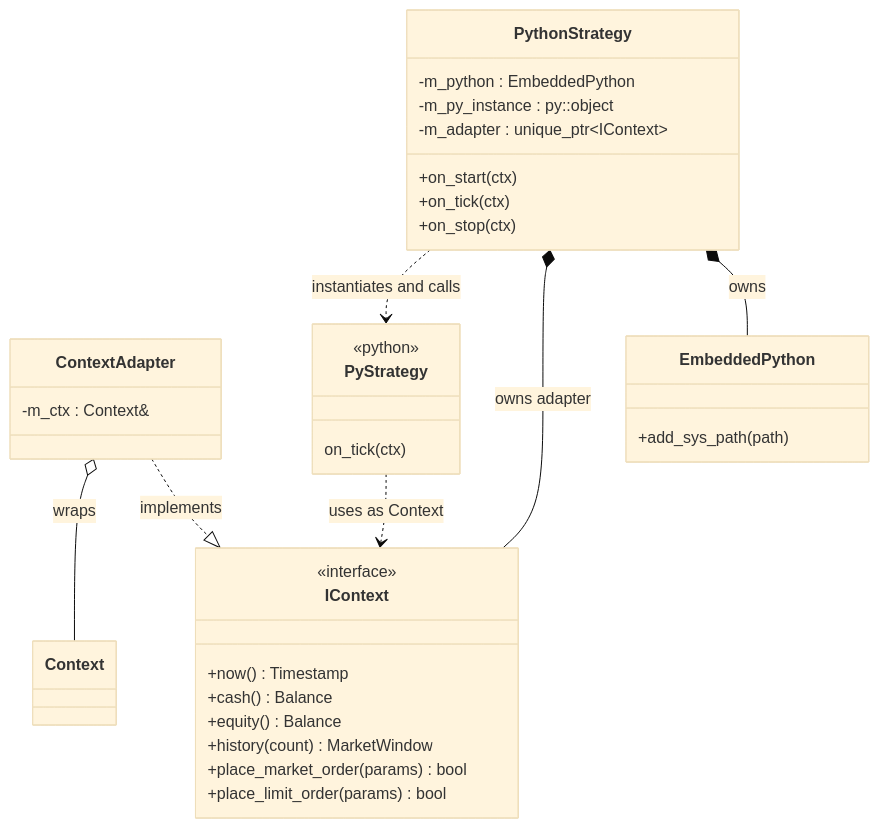
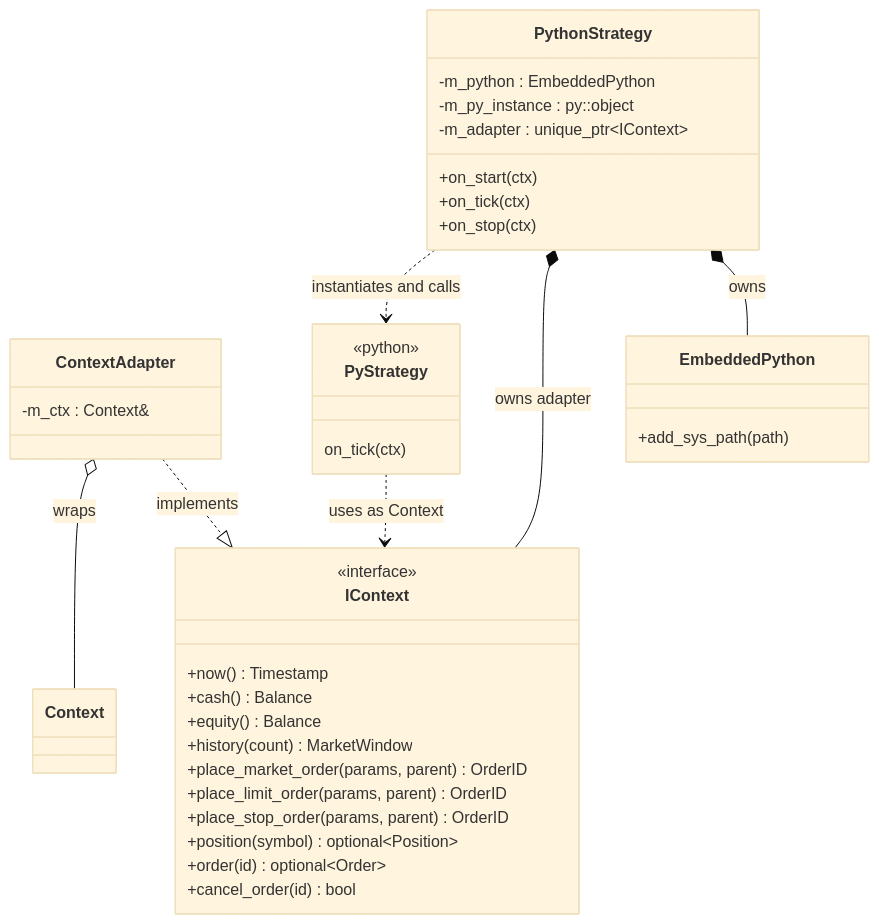
The third of 7 diagrams in docs/architecture.md (barberkman/stonks), drawn with Mermaid (base theme) before and after one commit. The commit also changed other lines of this file and 7 other files, not shown here.

````diff
--- a/docs/architecture.md
+++ b/docs/architecture.md
@@ -182,38 +223,42 @@
 ```mermaid
 classDiagram
     class IContext {
         <<interface>>
         +now() Timestamp
         +cash() Balance
         +equity() Balance
         +history(count) MarketWindow
-        +place_market_order(params) bool
-        +place_limit_order(params) bool
+        +place_market_order(params, parent) OrderID
+        +place_limit_order(params, parent) OrderID
+        +place_stop_order(params, parent) OrderID
+        +position(symbol) optional~Position~
+        +order(id) optional~Order~
+        +cancel_order(id) bool
     }
     class ContextAdapter {
         -m_ctx : Context&
     }
     class Context
     class PythonStrategy {
         -m_python : EmbeddedPython
         -m_py_instance : py::object
         -m_adapter : unique_ptr~IContext~
         +on_start(ctx)
         +on_tick(ctx)
         +on_stop(ctx)
     }
     class EmbeddedPython {
         +add_sys_path(path)
     }
     class PyStrategy {
         <<python>>
         on_tick(ctx)
     }
 
     ContextAdapter ..|> IContext : implements
     ContextAdapter o-- Context : wraps
     PythonStrategy *-- EmbeddedPython : owns
     PythonStrategy *-- IContext : owns adapter
     PythonStrategy ..> PyStrategy : instantiates and calls
     PyStrategy ..> IContext : uses as Context
 ```
````
